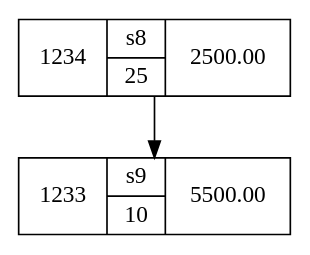
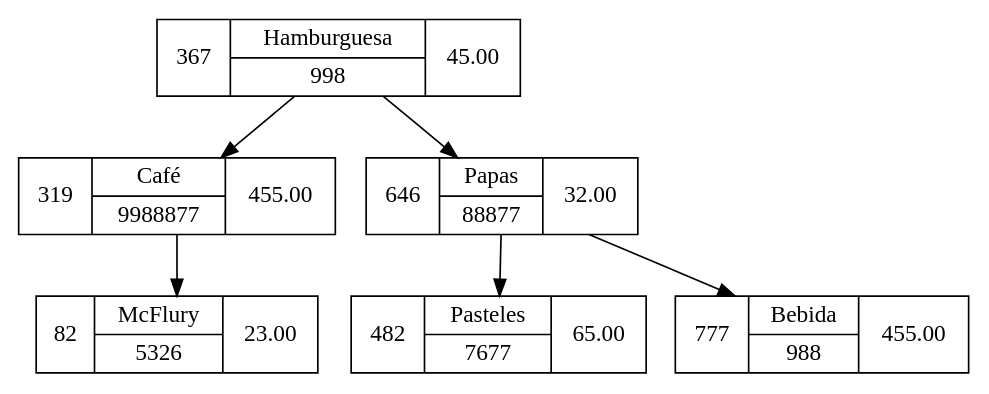
The diagram in Cliente/src/assets/graphviz/inventario.dot (RojasCJP/EDD_VirtualMall_201900289), drawn with Graphviz before and after one commit. The commit also changed 13 other files, not shown here.

```diff
--- a/Cliente/src/assets/graphviz/inventario.dot
+++ b/Cliente/src/assets/graphviz/inventario.dot
@@ -1,6 +1,14 @@
 digraph arbol{
   node [shape=record]
-"1233" [label="1233|{s9|10}|5500.00"]
-"1234" [label="1234|{s8|25}|2500.00"]
-"1234"->"1233"
+"82" [label="82|{McFlury|5326}|23.00"]
+"319" [label="319|{Café|9988877}|455.00"]
+"319"->"82"
+"367" [label="367|{Hamburguesa|998}|45.00"]
+"367"->"319"
+"367"->"646"
+"482" [label="482|{Pasteles|7677}|65.00"]
+"646" [label="646|{Papas|88877}|32.00"]
+"646"->"482"
+"646"->"777"
+"777" [label="777|{Bebida|988}|455.00"]
 }
```
